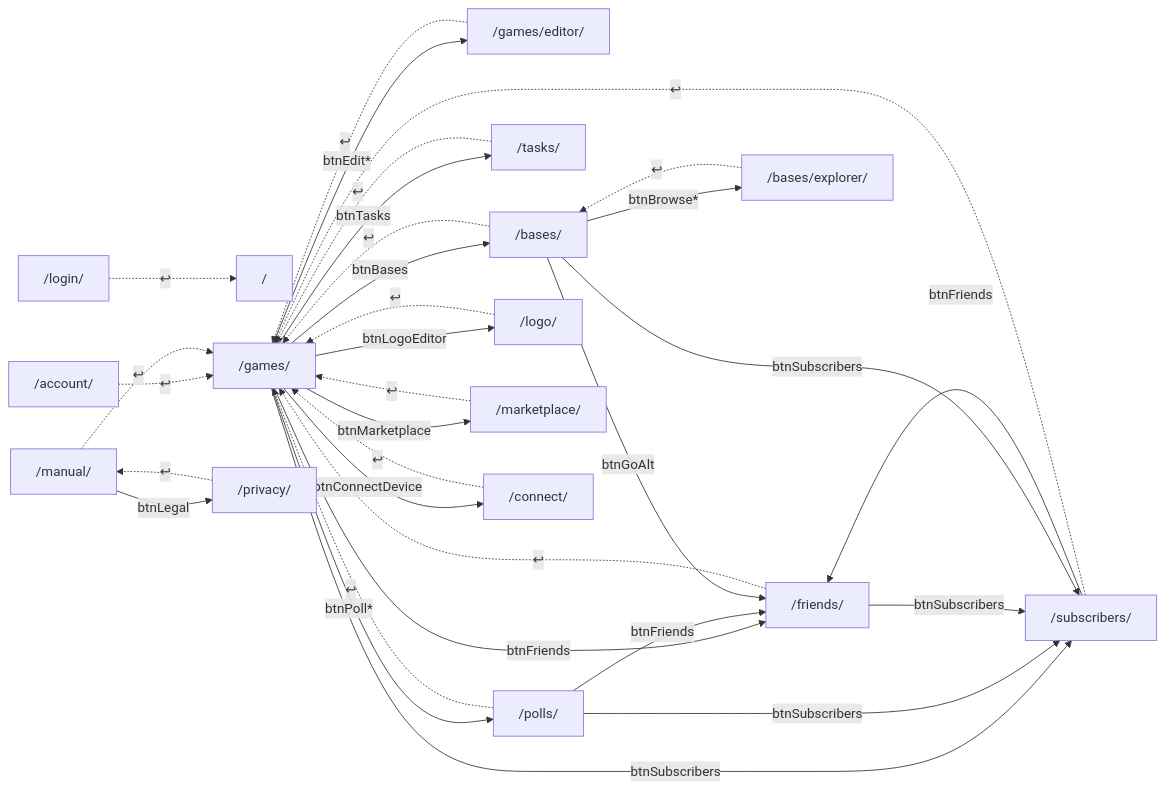
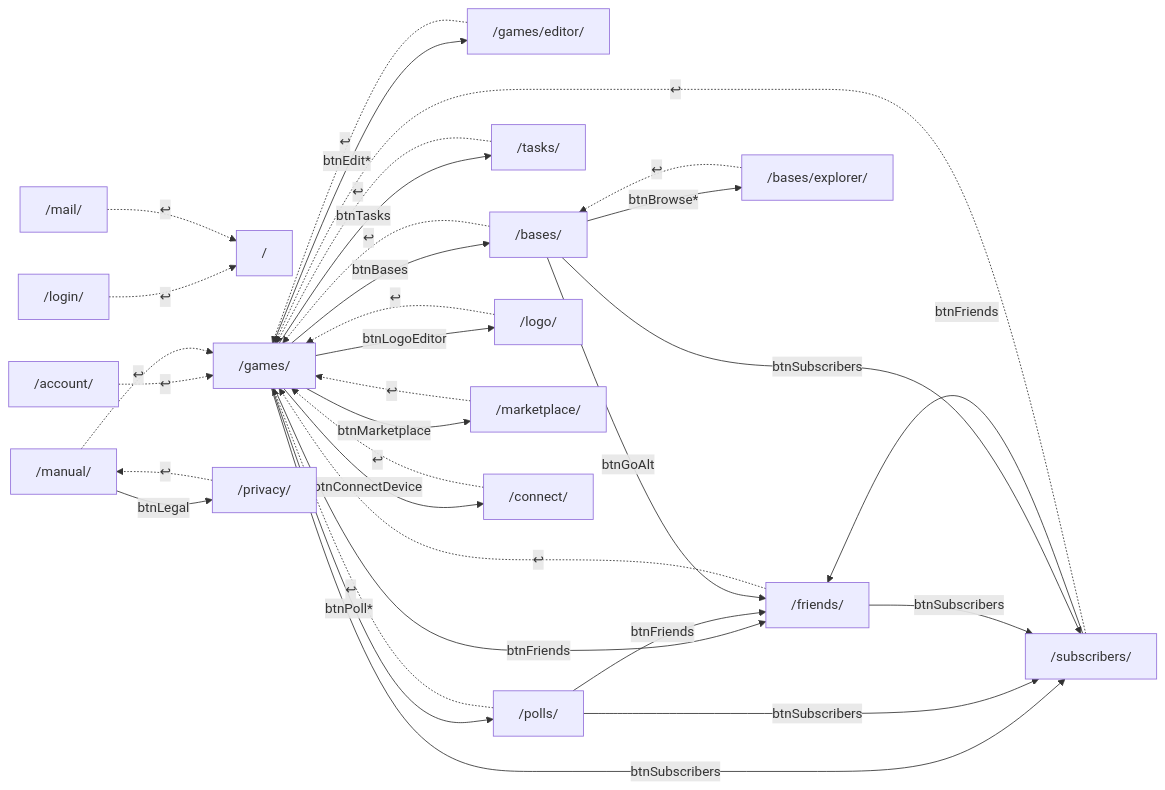
Before and after one commit to Andrish97/familiada: the ninth of 9 diagrams in docs/nawigacja-mapa-plan.md, drawn with Mermaid. The commit also changed other lines of this file and 69 other files, not shown here.

````diff
--- a/docs/nawigacja-mapa-plan.md
+++ b/docs/nawigacja-mapa-plan.md
@@ -768,50 +778,52 @@
 ```mermaid
 flowchart LR
   home["/"]
   login["/login/"]
   games["/games/"]
   editor["/games/editor/"]
   polls["/polls/"]
   friends["/friends/"]
   subscribers["/subscribers/"]
   tasks["/tasks/"]
   bases["/bases/"]
   baseExplorer["/bases/explorer/"]
   logoEditor["/logo/"]
   marketplace["/marketplace/"]
   connectDevice["/connect/"]
   account["/account/"]
   manual["/manual/"]
+  mailCenter["/mail/"]
   privacy["/privacy/"]
   games -->|btnMarketplace| marketplace
   games -->|btnLogoEditor| logoEditor
   games -->|btnConnectDevice| connectDevice
   games -->|btnFriends| friends
   games -->|btnSubscribers| subscribers
   games -->|btnTasks| tasks
   games -->|btnBases| bases
   games -->|btnEdit*| editor
   games -->|btnPoll*| polls
   polls -->|btnFriends| friends
   polls -->|btnSubscribers| subscribers
   friends -->|btnSubscribers| subscribers
   subscribers -->|btnFriends| friends
   bases -->|btnGoAlt| friends
   bases -->|btnSubscribers| subscribers
   bases -->|btnBrowse*| baseExplorer
   manual -->|btnLegal| privacy
   login -.->|↩| home
   editor -.->|↩| games
   polls -.->|↩| games
   friends -.->|↩| games
   subscribers -.->|↩| games
   tasks -.->|↩| games
   bases -.->|↩| games
   baseExplorer -.->|↩| bases
   logoEditor -.->|↩| games
   marketplace -.->|↩| games
   connectDevice -.->|↩| games
   account -.->|↩| games
   manual -.->|↩| games
+  mailCenter -.->|↩| home
   privacy -.->|↩| manual
 ```
````
